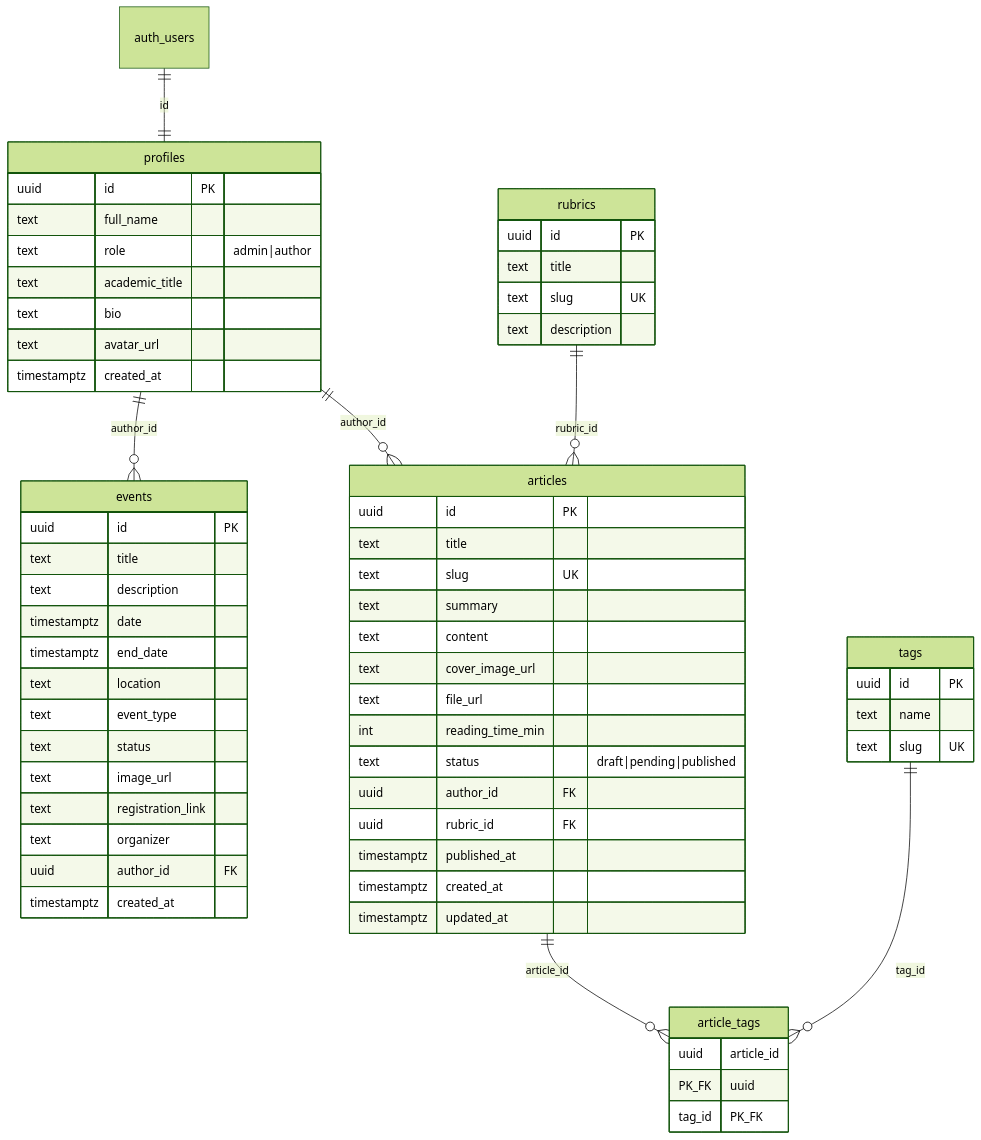
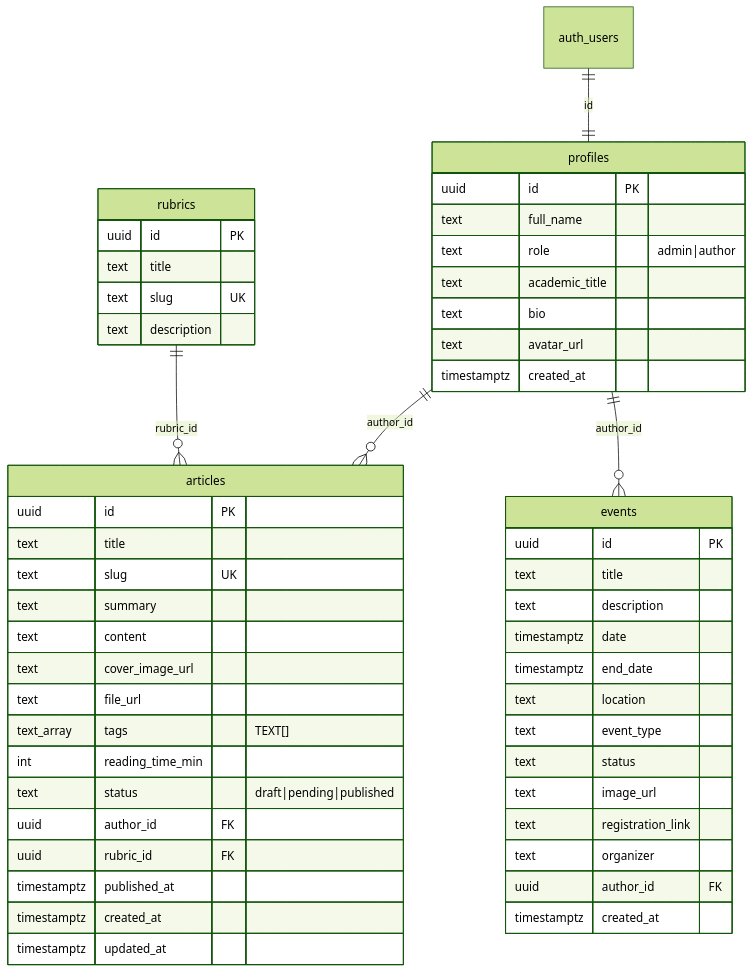
The diagram in README.md (svetlina22/crescendo), drawn with Mermaid (forest theme) before and after one commit. The commit also changed other lines of this file and 3 other files, not shown here.

````diff
--- a/README.md
+++ b/README.md
@@ -93,70 +114,58 @@
 ```mermaid
 erDiagram
   auth_users ||--|| profiles : "id"
   profiles ||--o{ articles : "author_id"
   profiles ||--o{ events : "author_id"
   rubrics ||--o{ articles : "rubric_id"
-  articles ||--o{ article_tags : "article_id"
-  tags ||--o{ article_tags : "tag_id"
 
   profiles {
     uuid id PK
     text full_name
     text role "admin|author"
     text academic_title
     text bio
     text avatar_url
     timestamptz created_at
   }
 
   rubrics {
     uuid id PK
     text title
     text slug UK
     text description
   }
 
   articles {
     uuid id PK
     text title
     text slug UK
     text summary
     text content
     text cover_image_url
     text file_url
+    text_array tags "TEXT[]"
     int reading_time_min
     text status "draft|pending|published"
     uuid author_id FK
     uuid rubric_id FK
     timestamptz published_at
     timestamptz created_at
     timestamptz updated_at
   }
 
   events {
     uuid id PK
     text title
     text description
     timestamptz date
     timestamptz end_date
     text location
     text event_type
     text status
     text image_url
     text registration_link
     text organizer
     uuid author_id FK
     timestamptz created_at
   }
-
-  tags {
-    uuid id PK
-    text name
-    text slug UK
-  }
-
-  article_tags {
-    uuid article_id PK_FK
-    uuid tag_id PK_FK
-  }
 ```
````
